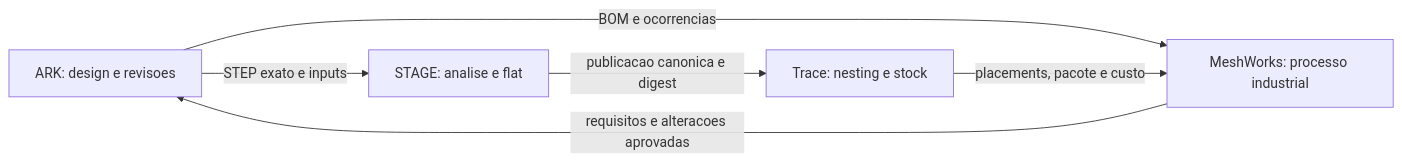
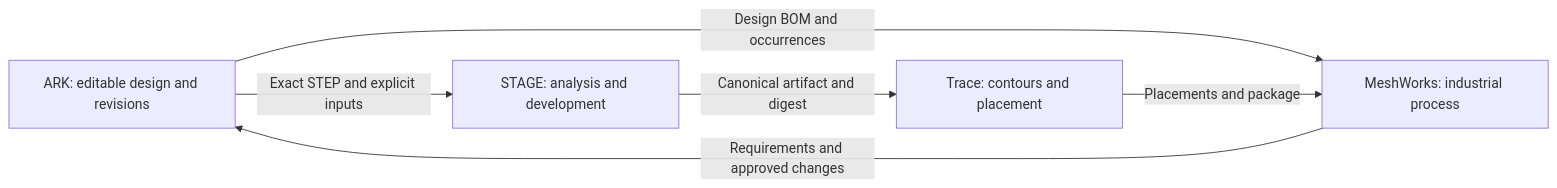
Before and after one commit to CenturyMesh/Ark: the diagram in docs/ROADMAP.md, drawn with Mermaid. The commit also changed other lines of this file and 46 other files, not shown here.

````diff
--- a/docs/ROADMAP.md
+++ b/docs/ROADMAP.md
@@ -182,8 +113,8 @@
 ```mermaid
 flowchart LR
-    ARK[ARK: design e revisoes] -->|STEP exato e inputs| STAGE[STAGE: analise e flat]
-    STAGE -->|publicacao canonica e digest| TRACE[Trace: nesting e stock]
-    ARK -->|BOM e ocorrencias| MW[MeshWorks: processo industrial]
-    TRACE -->|placements, pacote e custo| MW
-    MW -->|requisitos e alteracoes aprovadas| ARK
+    ARK[ARK: editable design and revisions] -->|Exact STEP and explicit inputs| STAGE[STAGE: analysis and development]
+    STAGE -->|Canonical artifact and digest| TRACE[Trace: contours and placement]
+    ARK -->|Design BOM and occurrences| MW[MeshWorks: industrial process]
+    TRACE -->|Placements and package| MW
+    MW -->|Requirements and approved changes| ARK
 ```
````
